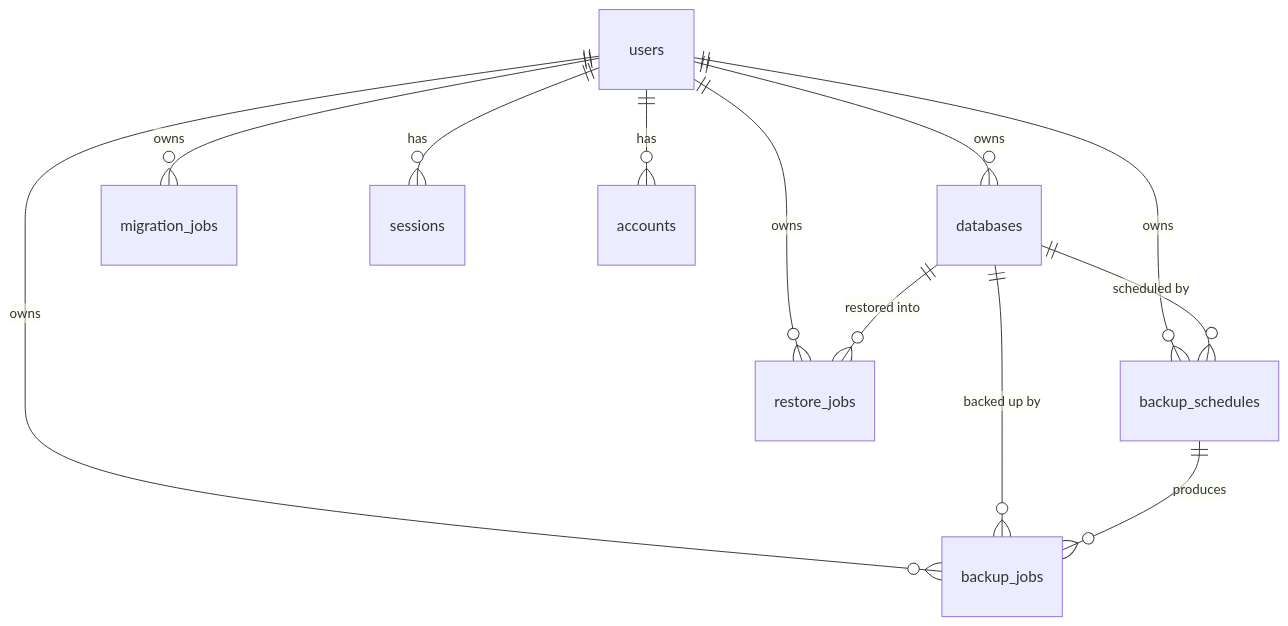
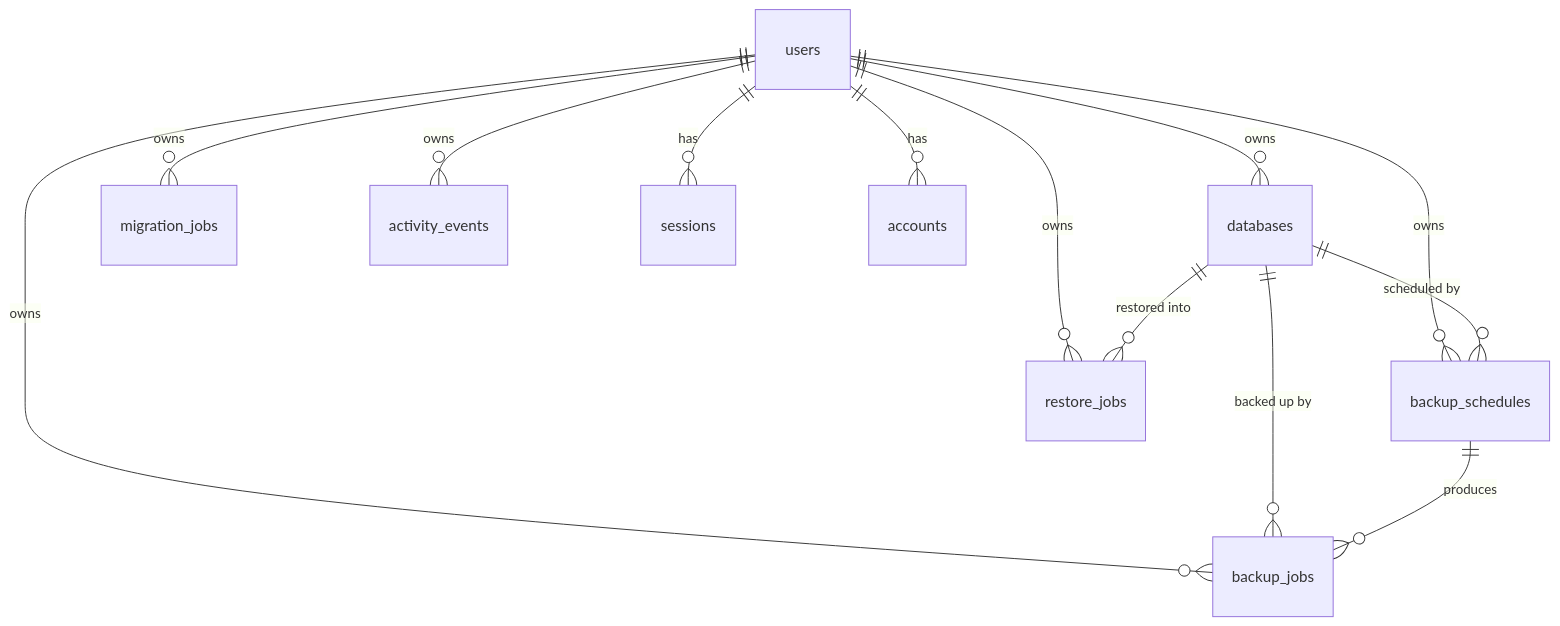
Before and after one commit to darseen/pgbr: the diagram in apps/docs/content/docs/reference/database-schema.mdx, drawn with Mermaid. The commit also changed other lines of this file and 6 other files, not shown here.

````diff
--- a/apps/docs/content/docs/reference/database-schema.mdx
+++ b/apps/docs/content/docs/reference/database-schema.mdx
@@ -19,14 +20,15 @@
 ```mermaid
 erDiagram
     users ||--o{ databases : owns
     users ||--o{ backup_schedules : owns
     users ||--o{ backup_jobs : owns
     users ||--o{ restore_jobs : owns
     users ||--o{ migration_jobs : owns
+    users ||--o{ activity_events : owns
     users ||--o{ sessions : has
     users ||--o{ accounts : has
     databases ||--o{ backup_schedules : "scheduled by"
     databases ||--o{ backup_jobs : "backed up by"
     databases ||--o{ restore_jobs : "restored into"
     backup_schedules ||--o{ backup_jobs : produces
 ```
````
